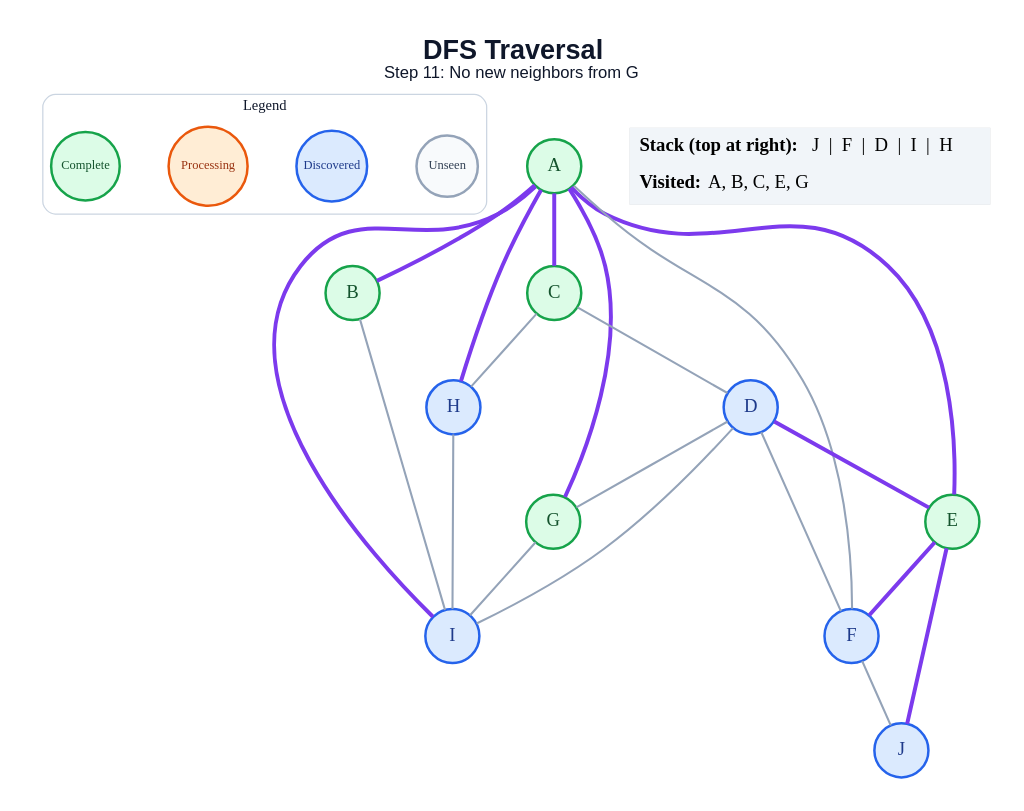
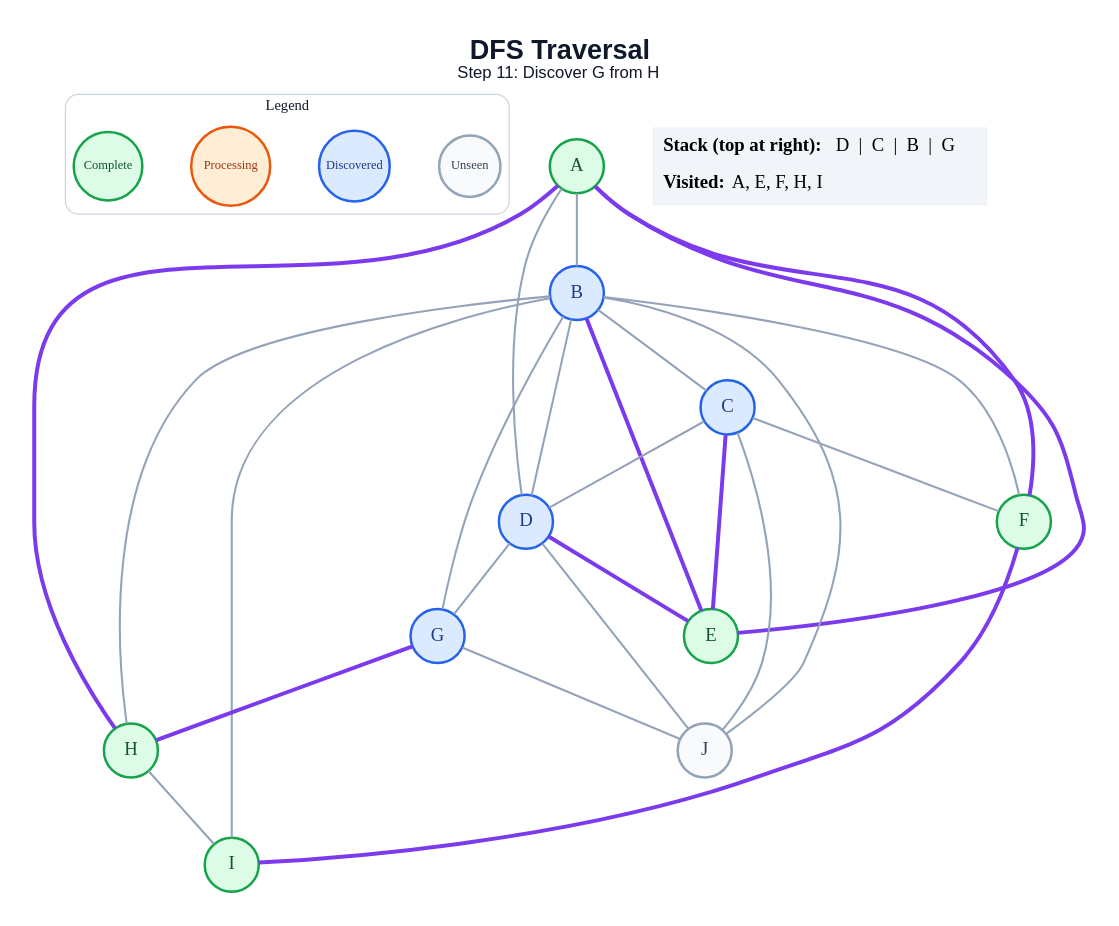
One commit to amanghodawala9/ai-slop changed the diagram in generated/specific-node/dfs/step_11.dot. Above: the diagram before and after it, drawn with Graphviz. The commit also changed 178 other files, not shown here.

```diff
--- a/generated/specific-node/dfs/step_11.dot
+++ b/generated/specific-node/dfs/step_11.dot
@@ -1,48 +1,53 @@
 graph traversal {
   graph [layout=dot, rankdir=TB, bgcolor="#FFFFFF", pad="0.35", nodesep="0.65", ranksep="0.8", fontname="Arial"];
   node [shape=circle, style="filled", fontname="Arial Bold", fontsize=18, width=0.72, fixedsize=true, penwidth=2.4];
   edge [color="#94A3B8", penwidth=2.0];
-  label=<<B>DFS Traversal</B><BR/><FONT POINT-SIZE="16">Step 11: No new neighbors from G</FONT>>; labelloc="t"; fontsize=26; fontname="Arial"; fontcolor="#0F172A";
+  label=<<B>DFS Traversal</B><BR/><FONT POINT-SIZE="16">Step 11: Discover G from H</FONT>>; labelloc="t"; fontsize=26; fontname="Arial"; fontcolor="#0F172A";
   subgraph cluster_legend { label="Legend"; color="#CBD5E1"; penwidth=1.2; style="rounded"; fontsize=14; fontname="Arial Bold";
     key_unseen [label="Unseen", fillcolor="#F8FAFC", color="#94A3B8", fontcolor="#334155", fontsize=12, width=0.82];
     key_frontier [label="Discovered", fillcolor="#DBEAFE", color="#2563EB", fontcolor="#1E3A8A", fontsize=12, width=0.95];
     key_current [label="Processing", fillcolor="#FFEDD5", color="#EA580C", fontcolor="#9A3412", fontsize=12, width=1.05];
     key_done [label="Complete", fillcolor="#DCFCE7", color="#16A34A", fontcolor="#14532D", fontsize=12, width=0.92];
     { rank=same; key_unseen; key_frontier; key_current; key_done; }
   }
   A [fillcolor="#DCFCE7", color="#16A34A", fontcolor="#14532D"];
-  B [fillcolor="#DCFCE7", color="#16A34A", fontcolor="#14532D"];
-  C [fillcolor="#DCFCE7", color="#16A34A", fontcolor="#14532D"];
+  B [fillcolor="#DBEAFE", color="#2563EB", fontcolor="#1E3A8A"];
+  C [fillcolor="#DBEAFE", color="#2563EB", fontcolor="#1E3A8A"];
   D [fillcolor="#DBEAFE", color="#2563EB", fontcolor="#1E3A8A"];
   E [fillcolor="#DCFCE7", color="#16A34A", fontcolor="#14532D"];
-  F [fillcolor="#DBEAFE", color="#2563EB", fontcolor="#1E3A8A"];
-  G [fillcolor="#DCFCE7", color="#16A34A", fontcolor="#14532D"];
-  H [fillcolor="#DBEAFE", color="#2563EB", fontcolor="#1E3A8A"];
-  I [fillcolor="#DBEAFE", color="#2563EB", fontcolor="#1E3A8A"];
-  J [fillcolor="#DBEAFE", color="#2563EB", fontcolor="#1E3A8A"];
-  A -- B [color="#7C3AED", penwidth=3.8];
-  A -- C [color="#7C3AED", penwidth=3.8];
+  F [fillcolor="#DCFCE7", color="#16A34A", fontcolor="#14532D"];
+  G [fillcolor="#DBEAFE", color="#2563EB", fontcolor="#1E3A8A"];
+  H [fillcolor="#DCFCE7", color="#16A34A", fontcolor="#14532D"];
+  I [fillcolor="#DCFCE7", color="#16A34A", fontcolor="#14532D"];
+  J [fillcolor="#F8FAFC", color="#94A3B8", fontcolor="#334155"];
+  A -- B;
+  A -- D;
   A -- E [color="#7C3AED", penwidth=3.8];
-  A -- F;
-  A -- G [color="#7C3AED", penwidth=3.8];
+  A -- F [color="#7C3AED", penwidth=3.8];
   A -- H [color="#7C3AED", penwidth=3.8];
-  A -- I [color="#7C3AED", penwidth=3.8];
+  B -- C;
+  B -- D;
+  B -- E [color="#7C3AED", penwidth=3.8];
+  B -- F;
+  B -- G;
+  B -- H;
   B -- I;
+  B -- J;
   C -- D;
-  C -- H;
+  C -- E [color="#7C3AED", penwidth=3.8];
+  C -- F;
+  C -- J;
   D -- E [color="#7C3AED", penwidth=3.8];
-  D -- F;
   D -- G;
-  D -- I;
-  E -- F [color="#7C3AED", penwidth=3.8];
-  E -- J [color="#7C3AED", penwidth=3.8];
-  F -- J;
-  G -- I;
+  D -- J;
+  F -- I [color="#7C3AED", penwidth=3.8];
+  G -- H [color="#7C3AED", penwidth=3.8];
+  G -- J;
   H -- I;
   status [shape=plain, fixedsize=false, width=0, height=0, margin=0, label=<
     <TABLE BORDER="0" CELLBORDER="0" CELLPADDING="7" BGCOLOR="#F1F5F9">
-      <TR><TD ALIGN="LEFT"><B>Stack (top at right):</B> J  |  F  |  D  |  I  |  H</TD></TR>
-      <TR><TD ALIGN="LEFT"><B>Visited:</B> A, B, C, E, G</TD></TR>
+      <TR><TD ALIGN="LEFT"><B>Stack (top at right):</B> D  |  C  |  B  |  G</TD></TR>
+      <TR><TD ALIGN="LEFT"><B>Visited:</B> A, E, F, H, I</TD></TR>
     </TABLE>
   >];
 }
```
